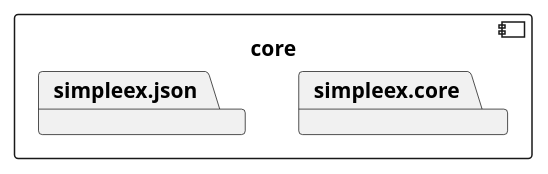
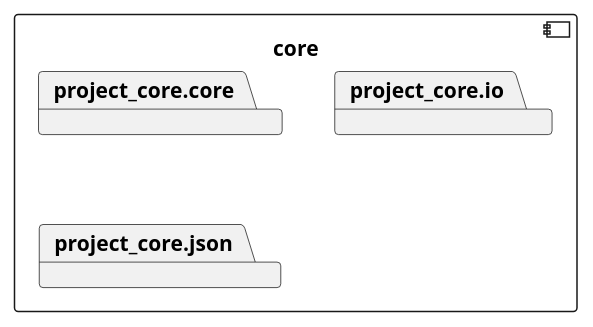
One commit to ErlendMariusOmmundsen/Messaging-App changed the diagram in project/readme.md. Above: the diagram before and after it, drawn with PlantUML.

Commit message:
33 diagram work
Continued work on the package diagram for the project.

````diff
--- a/project/readme.md
+++ b/project/readme.md
@@ -98,8 +98,9 @@
 ```plantuml
 
 component core {
-	package simpleex.core
-	package simpleex.json
+	package project_core.core
+	package project_core.io
+	package project_core.json
 }
 
 ```
````
